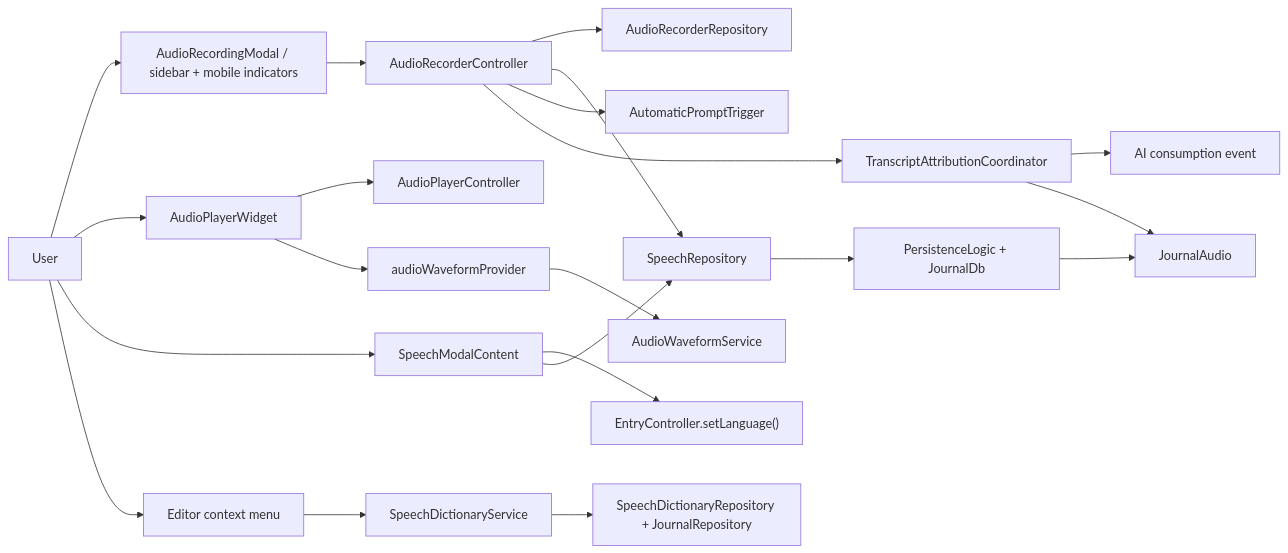
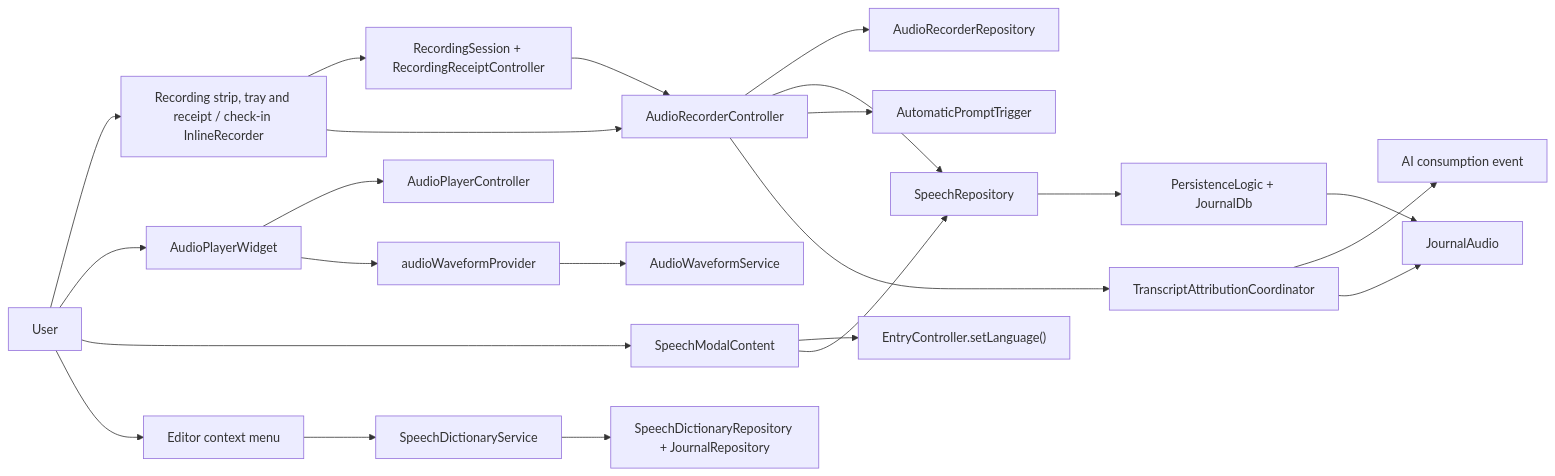
One commit to matthiasn/lotti changed the first of 3 diagrams in knowledge/features/speech/overview.md. Above: the diagram before and after it, drawn with Mermaid. The commit also changed other lines of this file and 154 other files, not shown here.

Commit message:
feat(speech): no recording sheet — a strip at the bottom that follows you and takes you back (#5151)

````diff
--- a/knowledge/features/speech/overview.md
+++ b/knowledge/features/speech/overview.md
@@ -41,27 +49,29 @@
 ```mermaid
 flowchart LR
-  User["User"] --> RecordingUI["AudioRecordingModal / sidebar + mobile indicators"]
+  User["User"] --> RecordingUI["Recording strip, tray and receipt / check-in InlineRecorder"]
   User --> PlaybackUI["AudioPlayerWidget"]
   User --> TranscriptUI["SpeechModalContent"]
   User --> EditorUI["Editor context menu"]
 
-  RecordingUI --> RecorderCtl["AudioRecorderController"]
+  RecordingUI --> Session["RecordingSession + RecordingReceiptController"]
+  Session --> RecorderCtl["AudioRecorderController"]
+  RecordingUI --> RecorderCtl
   RecorderCtl --> RecorderRepo["AudioRecorderRepository"]
   RecorderCtl --> SpeechRepo["SpeechRepository"]
   RecorderCtl --> AutoPrompt["AutomaticPromptTrigger"]
   RecorderCtl --> Attribution["TranscriptAttributionCoordinator"]
   Attribution --> Consumption["AI consumption event"]
 
   PlaybackUI --> PlayerCtl["AudioPlayerController"]
   PlaybackUI --> WaveformProvider["audioWaveformProvider"]
   WaveformProvider --> WaveformSvc["AudioWaveformService"]
 
   TranscriptUI --> EntryCtl["EntryController.setLanguage()"]
   TranscriptUI --> SpeechRepo
   EditorUI --> DictSvc["SpeechDictionaryService"]
 
   SpeechRepo --> Persist["PersistenceLogic + JournalDb"]
   DictSvc --> DictRepo["SpeechDictionaryRepository + JournalRepository"]
   Persist --> JournalAudio["JournalAudio"]
   Attribution --> JournalAudio
 ```
````
